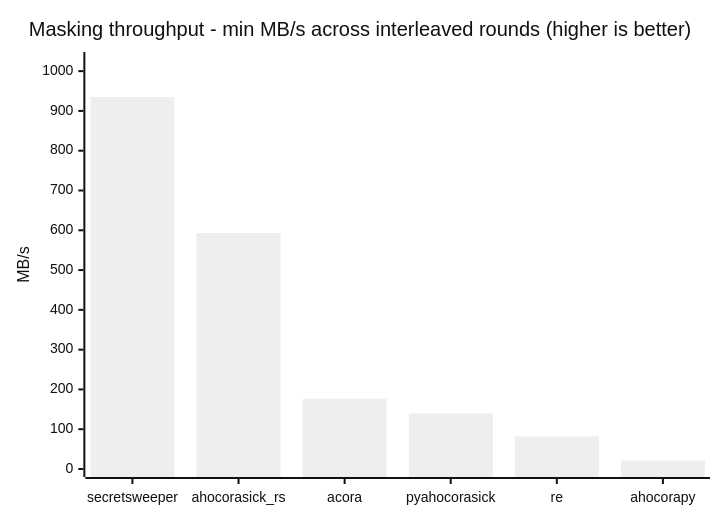
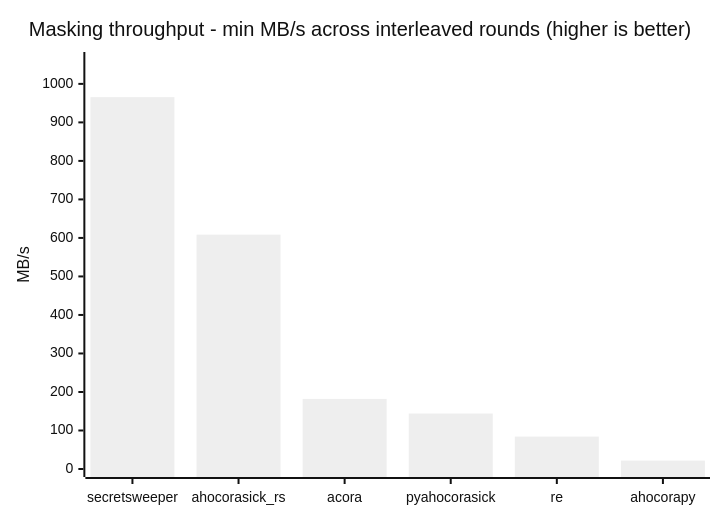
Before and after one commit to recipe/secretsweeper: the diagram in benchmarks/RESULTS.md, drawn with Mermaid (neutral theme). The commit also changed other lines of this file and 4 other files, not shown here.

````diff
--- a/benchmarks/RESULTS.md
+++ b/benchmarks/RESULTS.md
@@ -31,7 +31,7 @@
 ```mermaid
 xychart-beta
     title "Masking throughput - min MB/s across interleaved rounds (higher is better)"
     x-axis ["secretsweeper", "ahocorasick_rs", "acora", "pyahocorasick", "re", "ahocorapy"]
-    y-axis "MB/s" 0 --> 1028
-    bar [934.8, 593.3, 176.3, 139.6, 82.0, 21.6]
+    y-axis "MB/s" 0 --> 1062
+    bar [965.6, 608.5, 182.0, 144.1, 84.2, 21.8]
 ```
````
